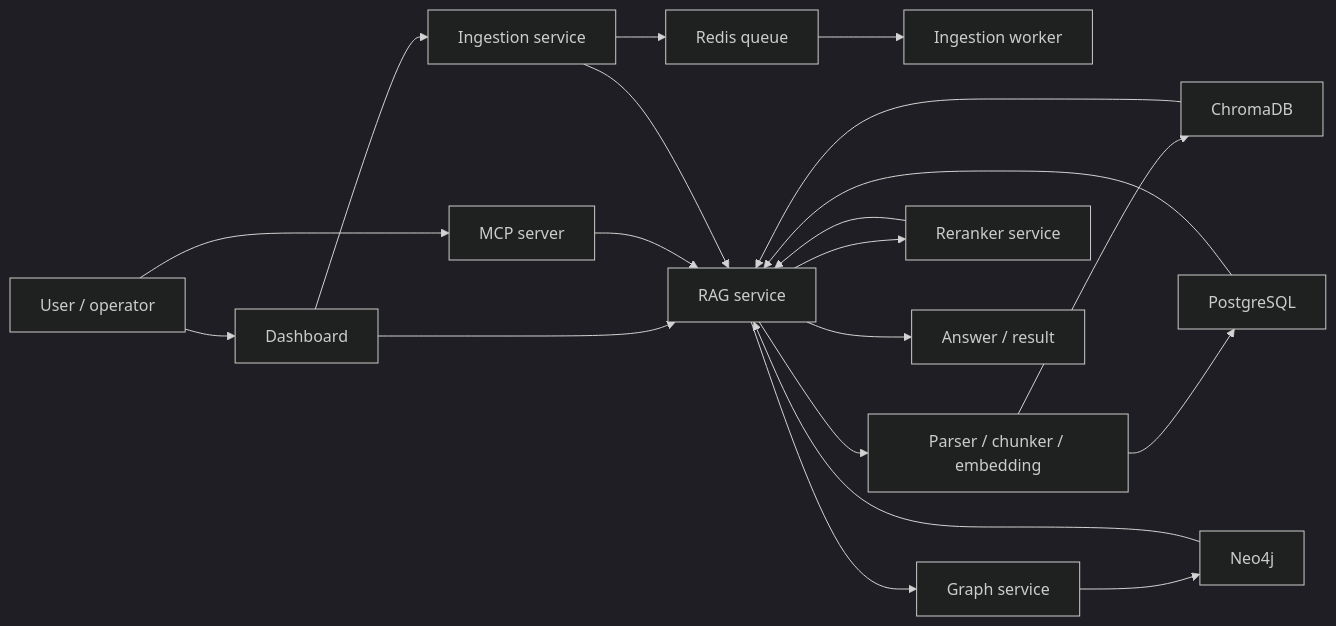
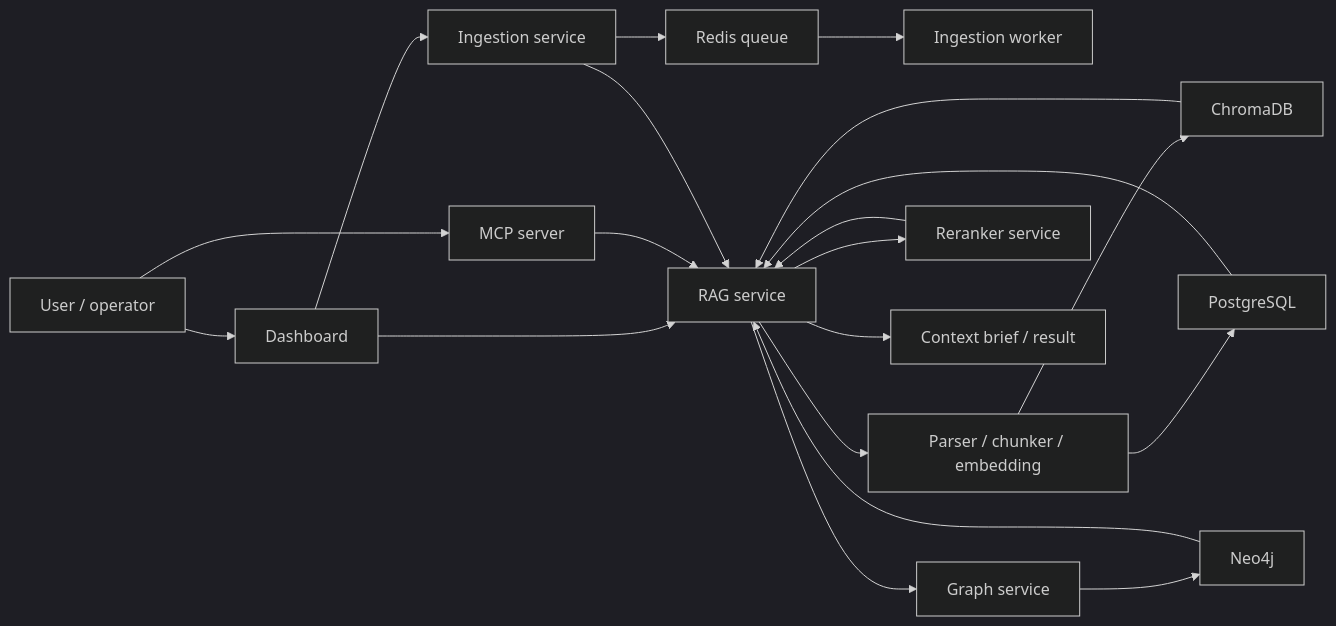
One commit to lattapon-aek/RAG-SYSTEM changed the first of 3 diagrams in docs/README.md. Above: the diagram before and after it, drawn with Mermaid (dark theme). The commit also changed other lines of this file and 52 other files, not shown here.

Commit message:
Update docs and Typhoon reranker flow

````diff
--- a/docs/README.md
+++ b/docs/README.md
@@ -31,22 +31,22 @@
 ```mermaid
 flowchart LR
     U[User / operator] --> D[Dashboard]
     U --> M[MCP server]
     D --> I1[Ingestion service]
     D --> Q[RAG service]
     M --> Q
     I1 --> Q
     I1 --> RQ[Redis queue]
     RQ --> W[Ingestion worker]
     Q --> P[Parser / chunker / embedding]
     Q --> G[Graph service]
     Q --> RR[Reranker service]
     P --> C[ChromaDB]
     P --> PG[PostgreSQL]
     G --> N[Neo4j]
     RR --> Q
     C --> Q
     PG --> Q
     N --> Q
-    Q --> O[Answer / result]
+    Q --> O[Context brief / result]
 ```
````
